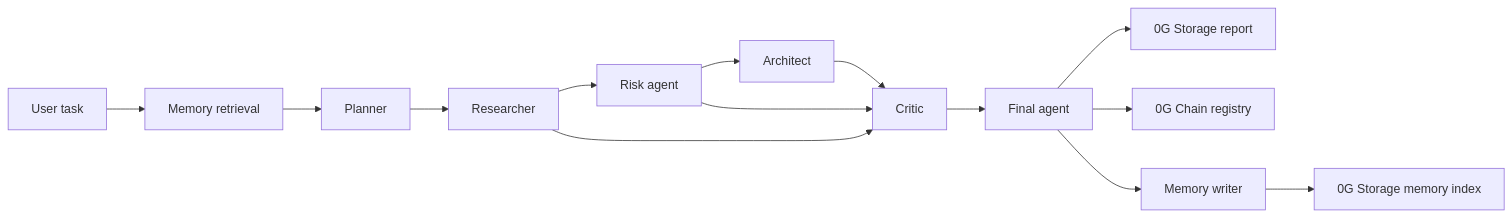
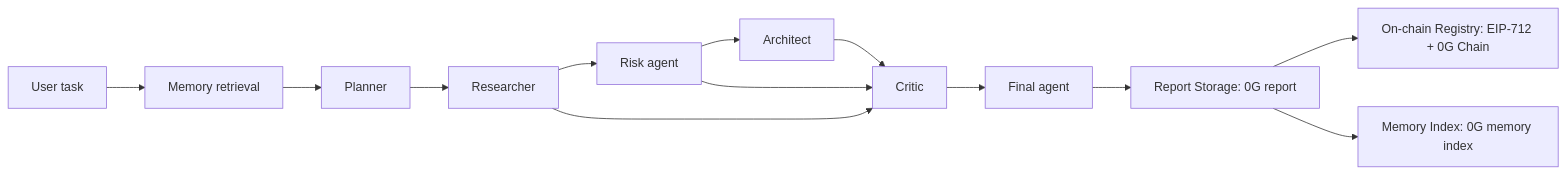
Before and after one commit to ILYUTKICK/clawmind: the diagram in README.md, drawn with Mermaid. The commit also changed other lines of this file and 2 other files, not shown here.

Commit message:
Update docs for v4 registry

````diff
--- a/README.md
+++ b/README.md
@@ -45,16 +45,15 @@
 ```mermaid
 flowchart LR
   User[User task] --> Memory[Memory retrieval]
   Memory --> Planner[Planner]
   Planner --> Researcher[Researcher]
   Researcher --> Risk[Risk agent]
   Risk --> Architect[Architect]
   Architect --> Critic[Critic]
   Risk --> Critic
   Researcher --> Critic
   Critic --> Final[Final agent]
-  Final --> Storage[0G Storage report]
-  Final --> Chain[0G Chain registry]
-  Final --> MemoryWriter[Memory writer]
-  MemoryWriter --> MemoryIndex[0G Storage memory index]
+  Final --> ReportStorage[Report Storage: 0G report]
+  ReportStorage --> Chain[On-chain Registry: EIP-712 + 0G Chain]
+  ReportStorage --> MemoryIndex[Memory Index: 0G memory index]
 ```
````
